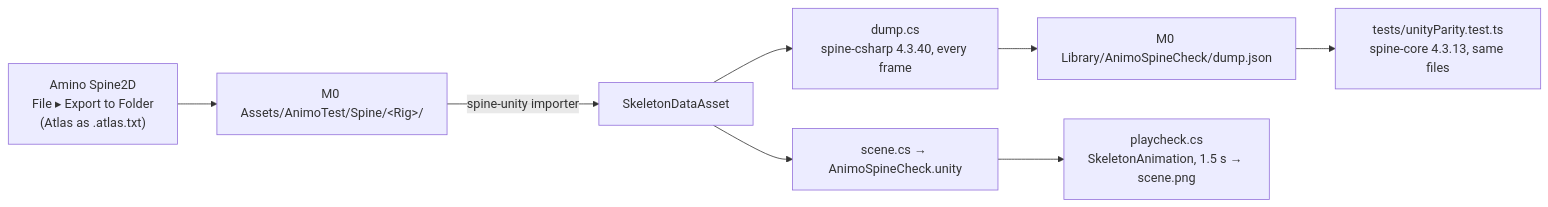
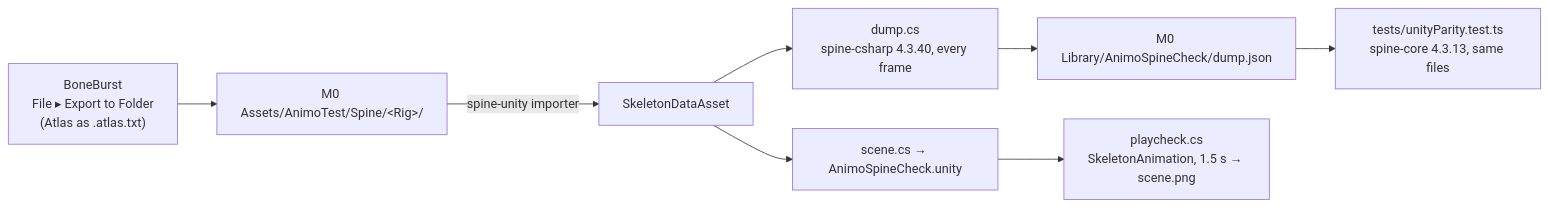
Before and after one commit to 12pnp/M0-Animation-2D: the diagram in scripts/unity-check/README.md, drawn with Mermaid. The commit also changed 21 other files, not shown here.

Commit message:
The app is BoneBurst: title, About, docs, and the AI bridge (boneburst-bridge.mjs, BONEBURST_* with AMINO_* still read, ~/.boneburst-bridge.json)

````diff
--- a/scripts/unity-check/README.md
+++ b/scripts/unity-check/README.md
@@ -8,10 +8,10 @@
 ```mermaid
 flowchart LR
-    ED["Amino Spine2D<br/>File ▸ Export to Folder<br/>(Atlas as .atlas.txt)"] --> DIR["M0 Assets/AnimoTest/Spine/&lt;Rig&gt;/"]
+    ED["BoneBurst<br/>File ▸ Export to Folder<br/>(Atlas as .atlas.txt)"] --> DIR["M0 Assets/AnimoTest/Spine/&lt;Rig&gt;/"]
     DIR -->|"spine-unity importer"| SDA["SkeletonDataAsset"]
     SDA --> DUMP["dump.cs<br/>spine-csharp 4.3.40, every frame"]
     DUMP --> JSON["M0 Library/AnimoSpineCheck/dump.json"]
     JSON --> TEST["tests/unityParity.test.ts<br/>spine-core 4.3.13, same files"]
     SDA --> SCENE["scene.cs → AnimoSpineCheck.unity"]
     SCENE --> PLAY["playcheck.cs<br/>SkeletonAnimation, 1.5 s → scene.png"]
 ```
````
